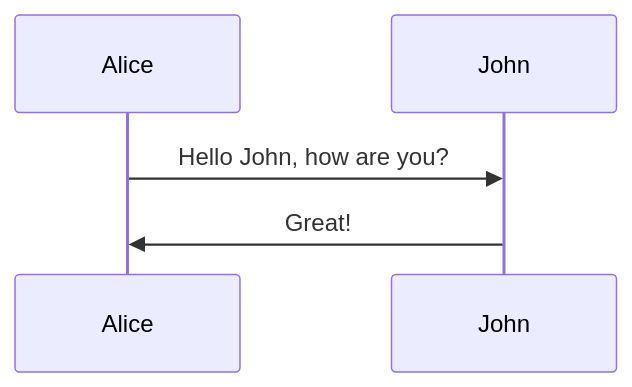
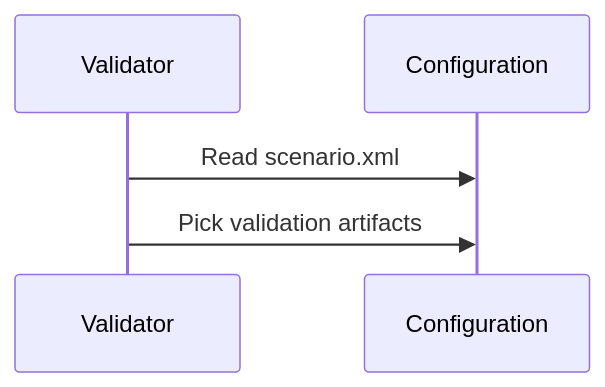
One commit to itplr-kosit/validator changed the diagram in docs/architecture.md. Above: the diagram before and after it, drawn with Mermaid.

Commit message:
Add material yet to be rewritten

````diff
--- a/docs/architecture.md
+++ b/docs/architecture.md
@@ -8,12 +8,12 @@
 ```mermaid
 
 sequenceDiagram
-    participant A as Alice
-    participant J as John
-    A->>J: Hello John, how are you?
-    J->>A: Great!
+    participant e as Validator
+    participant c as Configuration
+    e ->> c: Read scenario.xml
+    e ->> c: Pick validation artifacts
   
   
   
 
 ```
````
